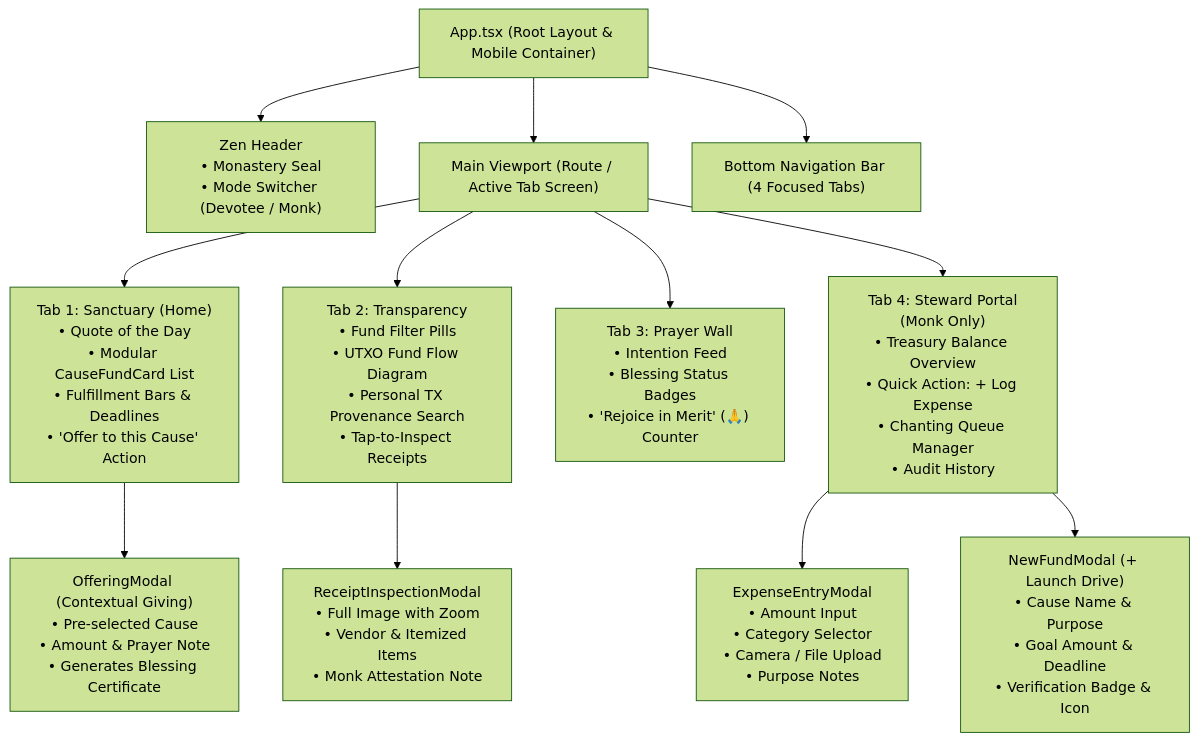
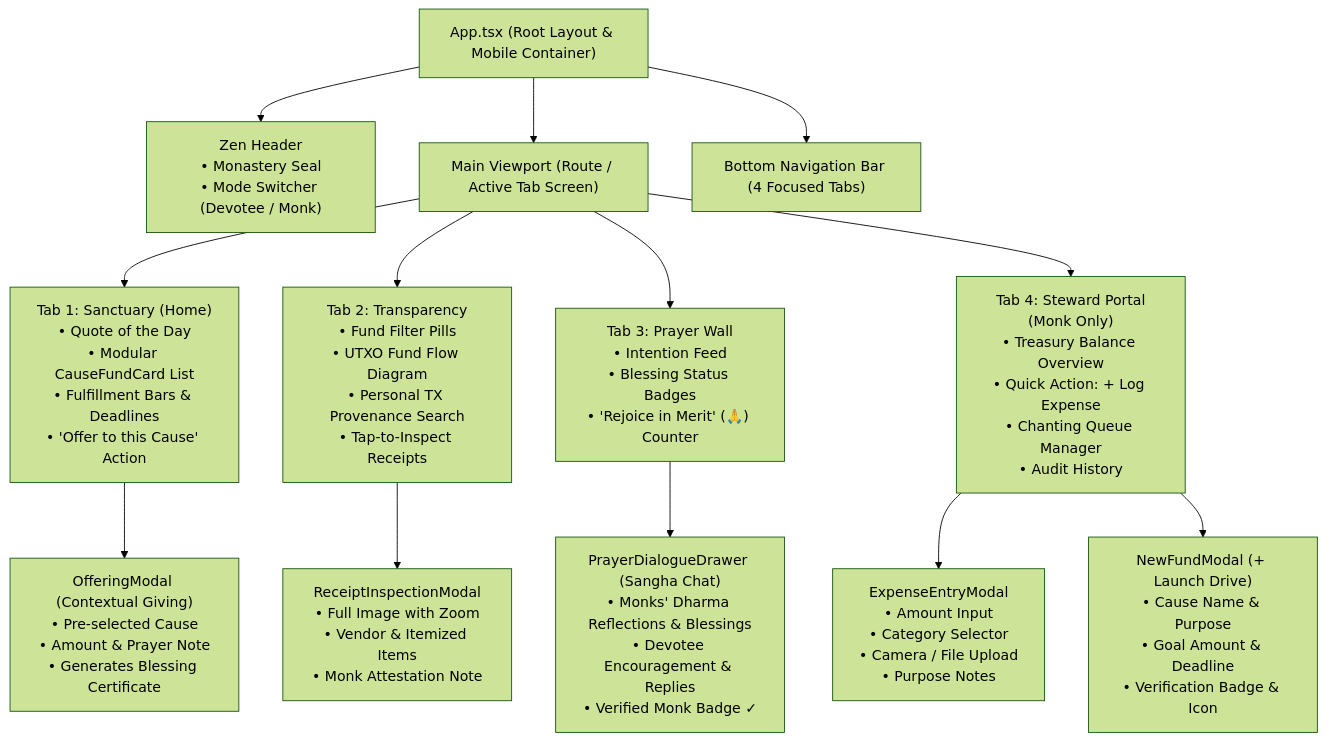
Before and after one commit to nghuyenthevinh2000/charity-app: the fourth of 5 diagrams in ARCHITECTURE.md, drawn with Mermaid (forest theme). The commit also changed 1 other file, not shown here.

Commit message:
docs: add monk-prayer community dialogue threads and reflections to Tab 3

````diff
--- a/ARCHITECTURE.md
+++ b/ARCHITECTURE.md
@@ -140,21 +140,22 @@
 ```mermaid
 graph TD
     AppRoot["App.tsx (Root Layout & Mobile Container)"]
 
     %% Shell
     AppRoot --> Header["Zen Header\n• Monastery Seal\n• Mode Switcher (Devotee / Monk)"]
     AppRoot --> Viewport["Main Viewport (Route / Active Tab Screen)"]
     AppRoot --> BottomNav["Bottom Navigation Bar (4 Focused Tabs)"]
 
     %% Views
     Viewport --> TabHome["Tab 1: Sanctuary (Home)\n• Quote of the Day\n• Modular CauseFundCard List\n• Fulfillment Bars & Deadlines\n• 'Offer to this Cause' Action"]
     Viewport --> TabTrans["Tab 2: Transparency\n• Fund Filter Pills\n• UTXO Fund Flow Diagram\n• Personal TX Provenance Search\n• Tap-to-Inspect Receipts"]
     Viewport --> TabPrayer["Tab 3: Prayer Wall\n• Intention Feed\n• Blessing Status Badges\n• 'Rejoice in Merit' (🙏) Counter"]
     Viewport --> TabSteward["Tab 4: Steward Portal\n(Monk Only)\n• Treasury Balance Overview\n• Quick Action: + Log Expense\n• Chanting Queue Manager\n• Audit History"]
 
     %% Sub-components & Modals
     TabHome --> OfferingModal["OfferingModal (Contextual Giving)\n• Pre-selected Cause\n• Amount & Prayer Note\n• Generates Blessing Certificate"]
     TabTrans --> ReceiptModal["ReceiptInspectionModal\n• Full Image with Zoom\n• Vendor & Itemized Items\n• Monk Attestation Note"]
+    TabPrayer --> CommentDrawer["PrayerDialogueDrawer (Sangha Chat)\n• Monks' Dharma Reflections & Blessings\n• Devotee Encouragement & Replies\n• Verified Monk Badge ✓"]
     TabSteward --> ExpenseFormModal["ExpenseEntryModal\n• Amount Input\n• Category Selector\n• Camera / File Upload\n• Purpose Notes"]
     TabSteward --> NewFundModal["NewFundModal (+ Launch Drive)\n• Cause Name & Purpose\n• Goal Amount & Deadline\n• Verification Badge & Icon"]
 ```
````
